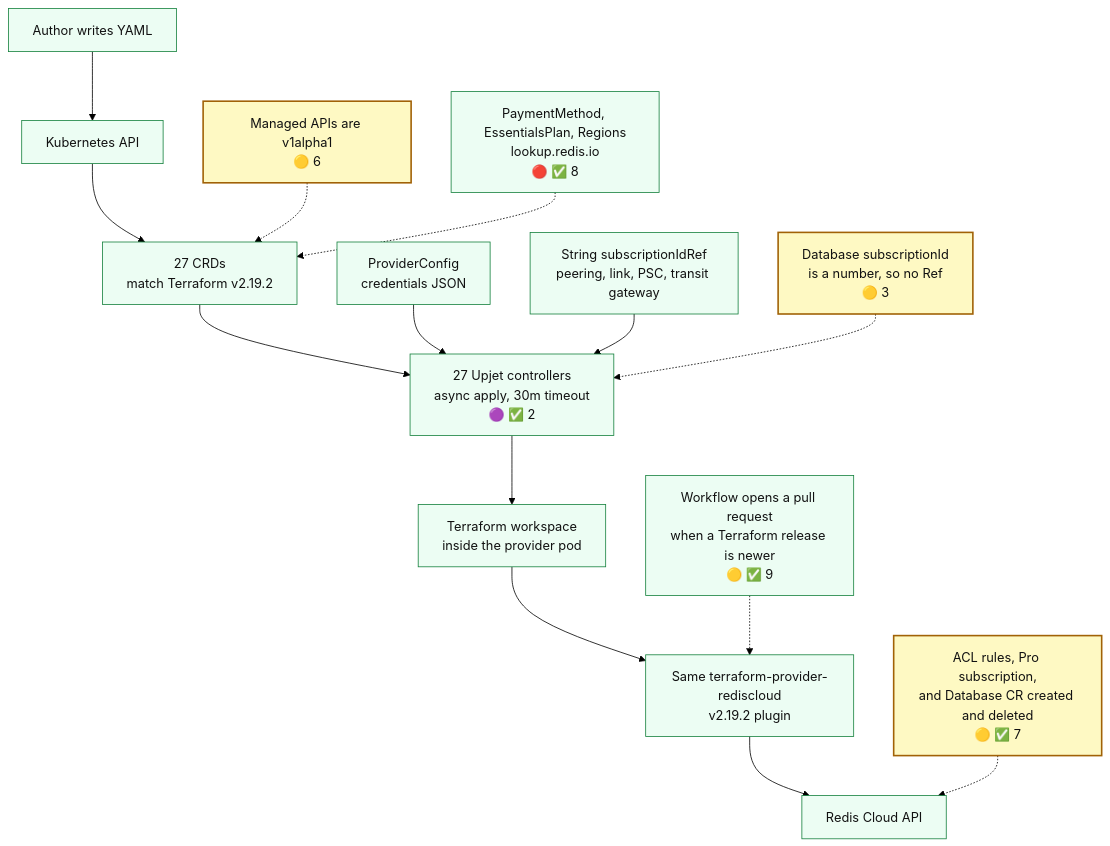
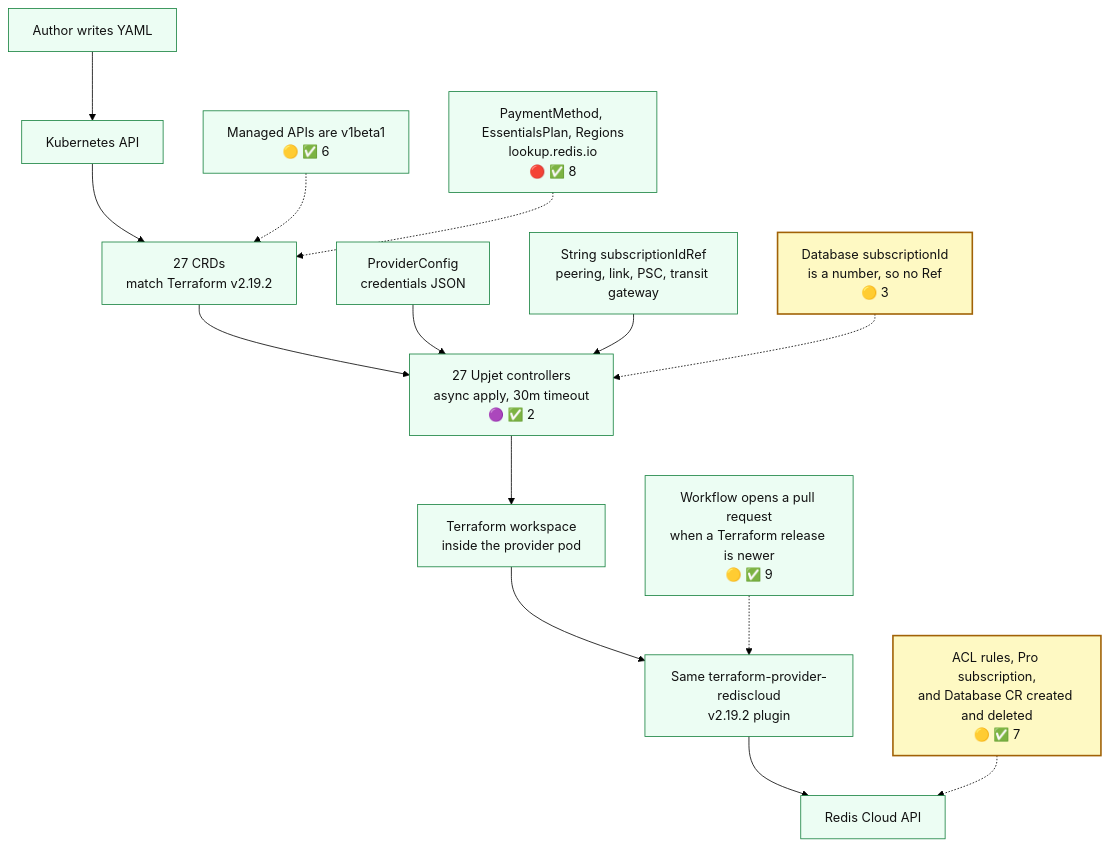
One commit to RedisLabs/crossplane-provider-rediscloud changed the second of 2 diagrams in docs/terraform-alignment.md. Above: the diagram before and after it, drawn with Mermaid (forest theme). The commit also changed other lines of this file and 256 other files, not shown here.

First line of the commit message:
Promote managed resources to v1beta1 (#13)

````diff
--- a/docs/terraform-alignment.md
+++ b/docs/terraform-alignment.md
@@ -76,34 +76,34 @@
 ```mermaid
 flowchart TB
   classDef present fill:#ecfdf3,stroke:#15803d,color:#111
   classDef high fill:#fee2e2,stroke:#b91c1c,stroke-width:2px,color:#111
   classDef medium fill:#fef9c3,stroke:#a16207,stroke-width:2px,color:#111
 
   author["Author writes YAML"]
   k8s["Kubernetes API"]
   crd["27 CRDs\nmatch Terraform v2.19.2"]
-  alpha["Managed APIs are v1alpha1\n🟡 6"]
+  beta["Managed APIs are v1beta1\n🟡 ✅ 6"]
   pc["ProviderConfig\ncredentials JSON"]
   refs["String subscriptionIdRef\npeering, link, PSC, transit gateway"]
   dbref["Database subscriptionId\nis a number, so no Ref\n🟡 3"]
   lookup["PaymentMethod, EssentialsPlan, Regions\nlookup.redis.io\n🔴 ✅ 8"]
   ctrl["27 Upjet controllers\nasync apply, 30m timeout\n🟣 ✅ 2"]
   ws["Terraform workspace\ninside the provider pod"]
   plugin["Same terraform-provider-rediscloud\nv2.19.2 plugin"]
   cloud["Redis Cloud API"]
   proof["ACL rules, Pro subscription,\nand Database CR created and deleted\n🟡 ✅ 7"]
   track["Workflow opens a pull request\nwhen a Terraform release is newer\n🟡 ✅ 9"]
 
   author --> k8s --> crd --> ctrl
-  alpha -.-> crd
+  beta -.-> crd
   pc --> ctrl
   refs --> ctrl
   dbref -.-> ctrl
   lookup -.-> crd
   ctrl --> ws --> plugin --> cloud
   proof -.-> cloud
   track -.-> plugin
 
-  class author,k8s,crd,pc,refs,ctrl,ws,plugin,cloud,lookup,track present
-  class alpha,dbref,proof medium
+  class author,k8s,crd,pc,refs,ctrl,ws,plugin,cloud,lookup,track,beta present
+  class dbref,proof medium
 ```
````
